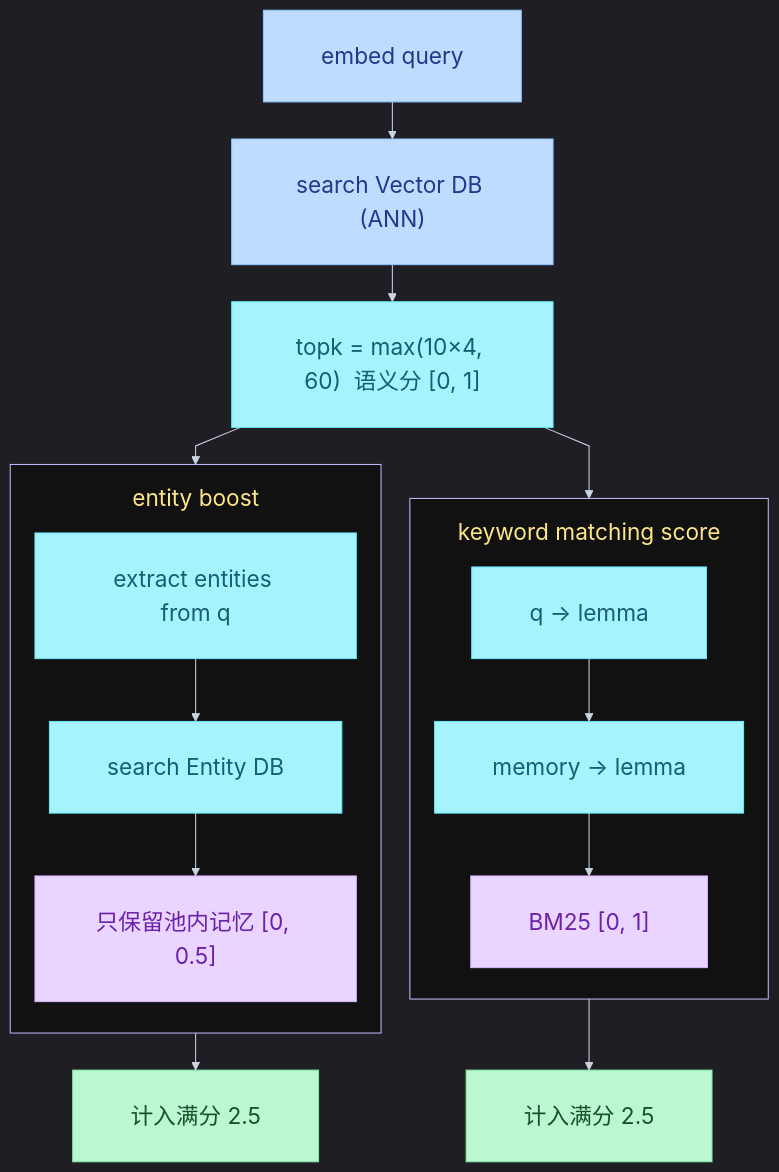
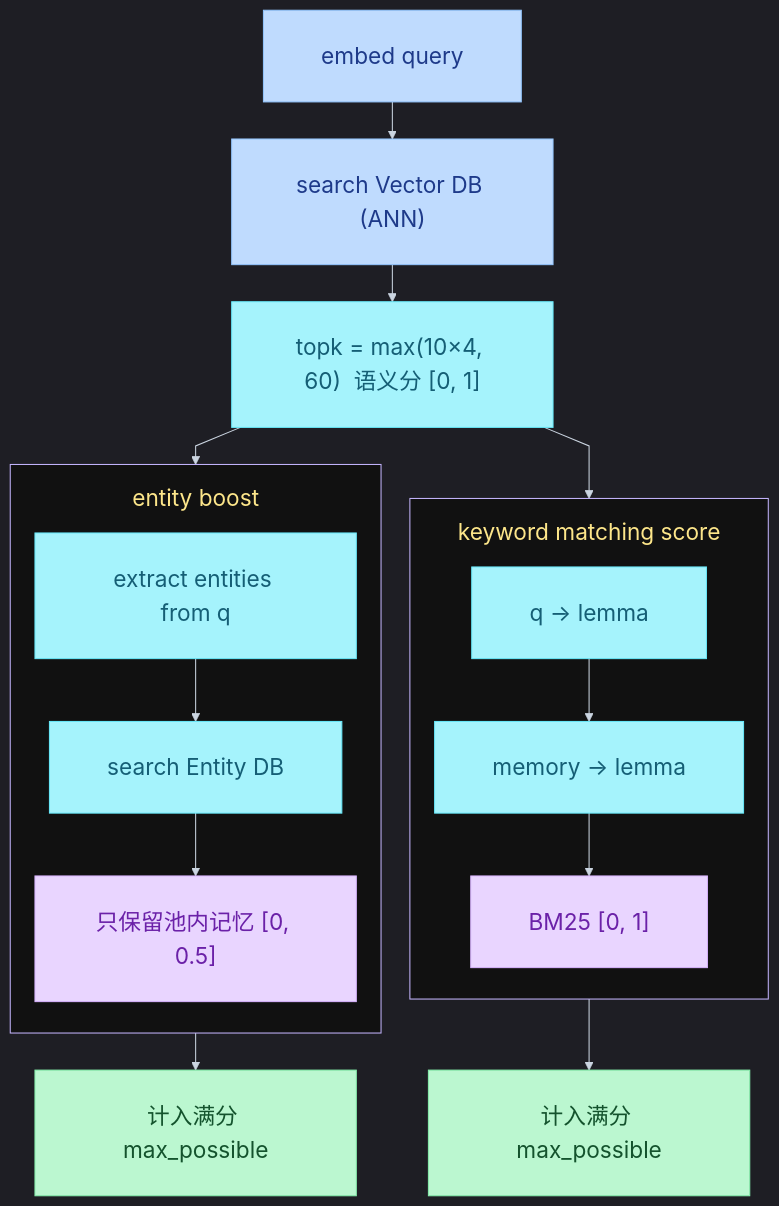
One commit to Trampoline811/ai-engineer-roadmap changed diagram 13 of 14 in 99-My idea/AI Agent 学习指南/01.longterm memory.md. Above: the diagram before and after it, drawn with Mermaid. The commit also changed other lines of this file and 23 other files, not shown here.

````diff
--- a/99-My idea/AI Agent 学习指南/01.longterm memory.md
+++ b/99-My idea/AI Agent 学习指南/01.longterm memory.md
@@ -583,38 +783,38 @@
 ```mermaid
 %%{init: {"theme": "dark", "flowchart": {"curve": "linear", "rankSpacing": 36, "nodeSpacing": 28, "padding": 28, "useMaxWidth": false, "htmlLabels": true, "subGraphTitleMargin": {"top": 16, "bottom": 20}}, "themeVariables": {"fontSize": "22px", "background": "#000000", "lineColor": "#CBD5E1", "clusterBkg": "#111111", "clusterBorder": "#C4B5FD", "titleColor": "#FDE68A", "edgeLabelBackground": "#111111"}, "themeCSS": ".nodeLabel,.label,.cluster-label,span{font-size:22px!important;white-space:nowrap!important}"}}%%
 flowchart TB
     EMB["embed query"] --> ANN["search Vector DB (ANN)"]
     ANN --> POOL["topk = max(10×4, 60)  语义分 [0, 1]"]
     POOL --> QL
     POOL --> EX
     subgraph kwCol["keyword matching score"]
         direction TB
         QL["q → lemma"]
         ML["memory → lemma"]
         BM["BM25 [0, 1]"]
         QL --> ML
         ML --> BM
     end
     subgraph entCol["entity boost"]
         direction TB
         EX["extract entities from q"]
         ED["search Entity DB"]
         KP["只保留池内记忆 [0, 0.5]"]
         EX --> ED
         ED --> KP
     end
-    BM --> F1["计入满分 2.5"]
-    KP --> F2["计入满分 2.5"]
+    BM --> F1["计入满分 max_possible"]
+    KP --> F2["计入满分 max_possible"]
 
     classDef start fill:#BFDBFE,stroke:#93C5FD,color:#1E3A8A,font-size:22px
     classDef step fill:#A5F3FC,stroke:#67E8F9,color:#155E75,font-size:22px
     classDef prod fill:#E9D5FF,stroke:#D8B4FE,color:#6B21A8,font-size:22px
     classDef ok fill:#BBF7D0,stroke:#86EFAC,color:#14532D,font-size:22px
     classDef wrap fill:#111111,stroke:#C4B5FD,color:#FDE68A,font-size:22px
 
     class EMB,ANN start
     class POOL,QL,ML,EX,ED step
     class BM,KP prod
     class F1,F2 ok
     class kwCol,entCol wrap
 ```
````
